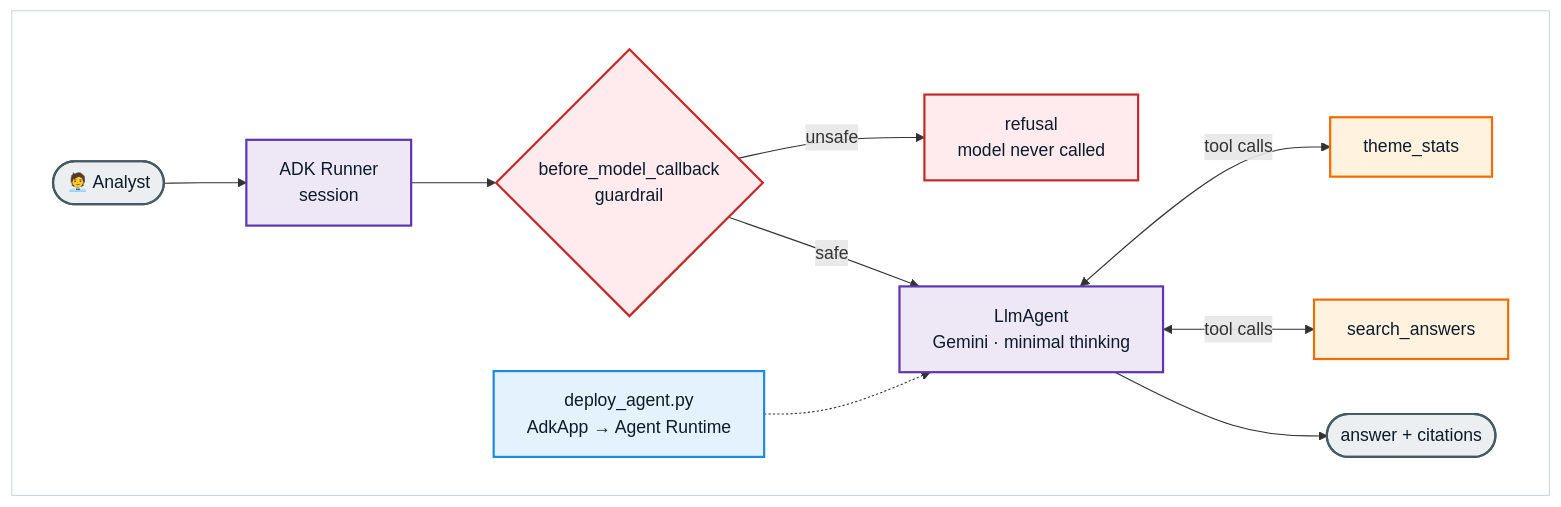
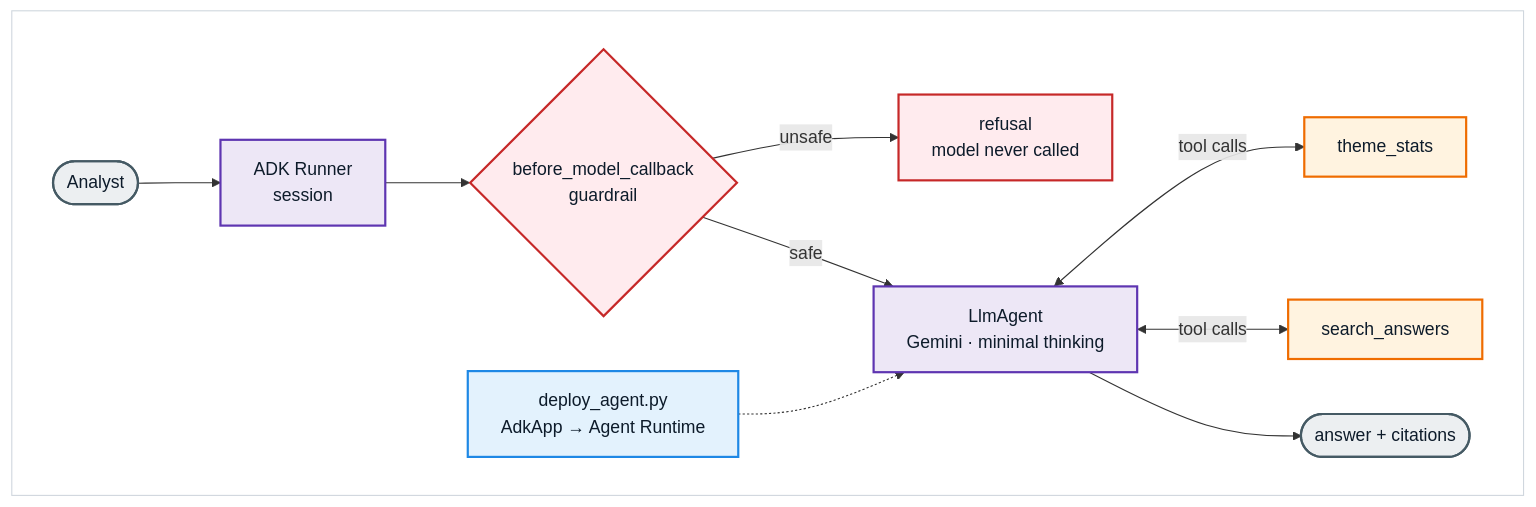
One commit to ryan-backer-ds/agentic-verbatim-coding changed the fifth of 7 diagrams in README.md. Above: the diagram before and after it, drawn with Mermaid. The commit also changed other lines of this file and 1 other file, not shown here.

````diff
--- a/README.md
+++ b/README.md
@@ -348,27 +348,27 @@
 ```mermaid
 %%{init: {'theme': 'default'}}%%
 flowchart LR
     subgraph FRAME[" "]
         direction LR
-        USER(["🧑‍💼 Analyst"]) --> RUNNER["ADK Runner<br/>session"]
+        USER(["Analyst"]) --> RUNNER["ADK Runner<br/>session"]
         RUNNER --> CB{"before_model_callback<br/>guardrail"}
         CB -- "unsafe" --> REF["refusal<br/>model never called"]
         CB -- "safe" --> AGENT["LlmAgent<br/>Gemini · minimal thinking"]
         AGENT <-- "tool calls" --> T1["theme_stats"]
         AGENT <-- "tool calls" --> T2["search_answers"]
         AGENT --> ANS(["answer + citations"])
         DEPLOY["deploy_agent.py<br/>AdkApp → Agent Runtime"] -.-> AGENT
     end
 
     classDef io fill:#ECEFF1,stroke:#455A64,stroke-width:2px,color:#0D1B2A
     classDef guard fill:#FFEBEE,stroke:#C62828,stroke-width:2px,color:#0D1B2A
     classDef agent fill:#EDE7F6,stroke:#5E35B1,stroke-width:2px,color:#0D1B2A
     classDef tool fill:#FFF3E0,stroke:#EF6C00,stroke-width:2px,color:#0D1B2A
     classDef deploy fill:#E3F2FD,stroke:#1E88E5,stroke-width:2px,color:#0D1B2A
     class USER,ANS io
     class CB,REF guard
     class RUNNER,AGENT agent
     class T1,T2 tool
     class DEPLOY deploy
     style FRAME fill:#FFFFFF,stroke:#D0D7DE,stroke-width:1px,color:#FFFFFF
 ```
````
